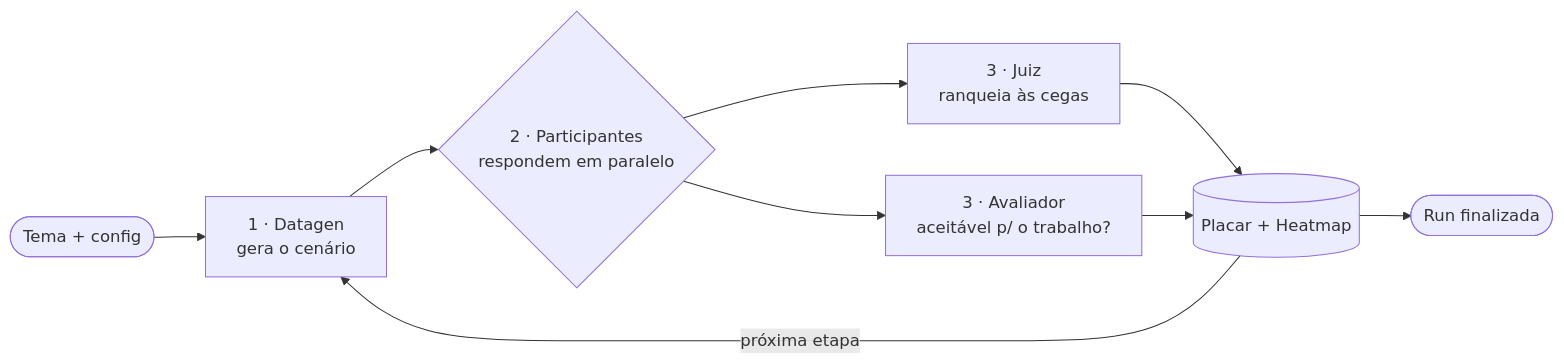
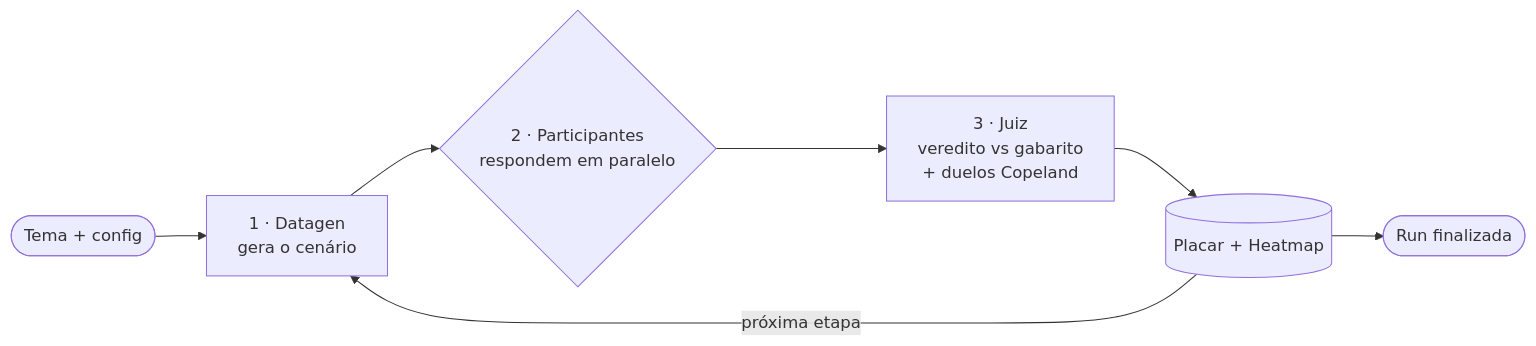
One commit to frederico-kluser/ai-benchmark changed the first of 2 diagrams in README.md. Above: the diagram before and after it, drawn with Mermaid. The commit also changed other lines of this file and 52 other files, not shown here.

````diff
--- a/README.md
+++ b/README.md
@@ -46,11 +46,9 @@
 ```mermaid
 flowchart LR
   T([Tema + config]) --> DG[1 · Datagen<br/>gera o cenário]
   DG --> C{2 · Participantes<br/>respondem em paralelo}
-  C --> J[3 · Juiz<br/>ranqueia às cegas]
-  C --> E[3 · Avaliador<br/>aceitável p/ o trabalho?]
+  C --> J[3 · Juiz<br/>veredito vs gabarito<br/>+ duelos Copeland]
   J --> S[(Placar + Heatmap)]
-  E --> S
   S -->|próxima etapa| DG
   S --> R([Run finalizada])
 ```
````
